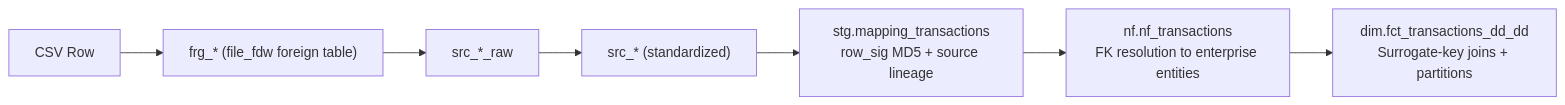
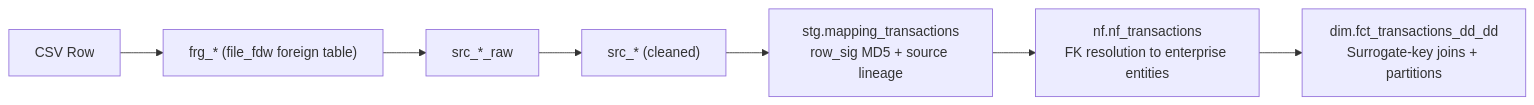
The third of 9 diagrams in README.md (sumikara/retail-datawarehouse-e2e), drawn with Mermaid before and after one commit. The commit also changed other lines of this file, not shown here.

````diff
--- a/README.md
+++ b/README.md
@@ -119,9 +128,9 @@
 ```mermaid
 flowchart LR
     A["CSV Row"] --> B["frg_* (file_fdw foreign table)"]
     B --> C["src_*_raw"]
-    C --> D["src_* (standardized)"]
+    C --> D["src_* (cleaned)"]
     D --> E["stg.mapping_transactions\nrow_sig MD5 + source lineage"]
     E --> F["nf.nf_transactions\nFK resolution to enterprise entities"]
     F --> G["dim.fct_transactions_dd_dd\nSurrogate-key joins + partitions"]
 ```
````
